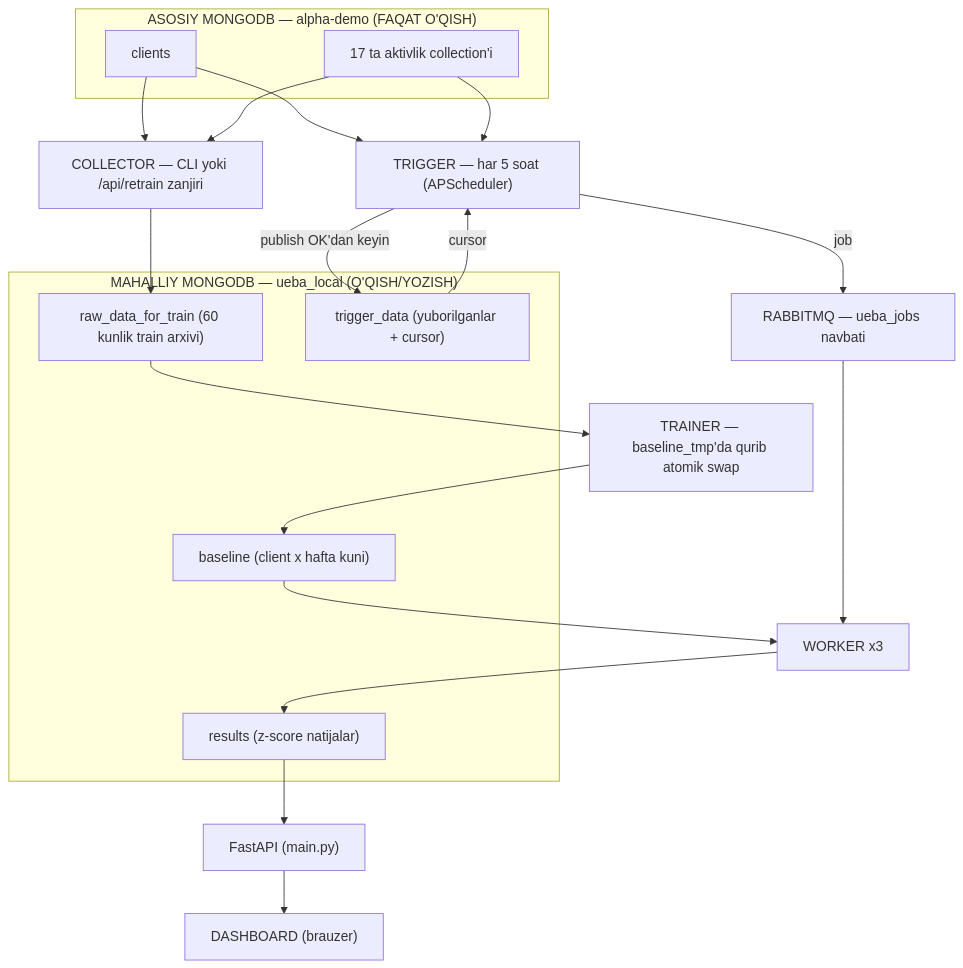
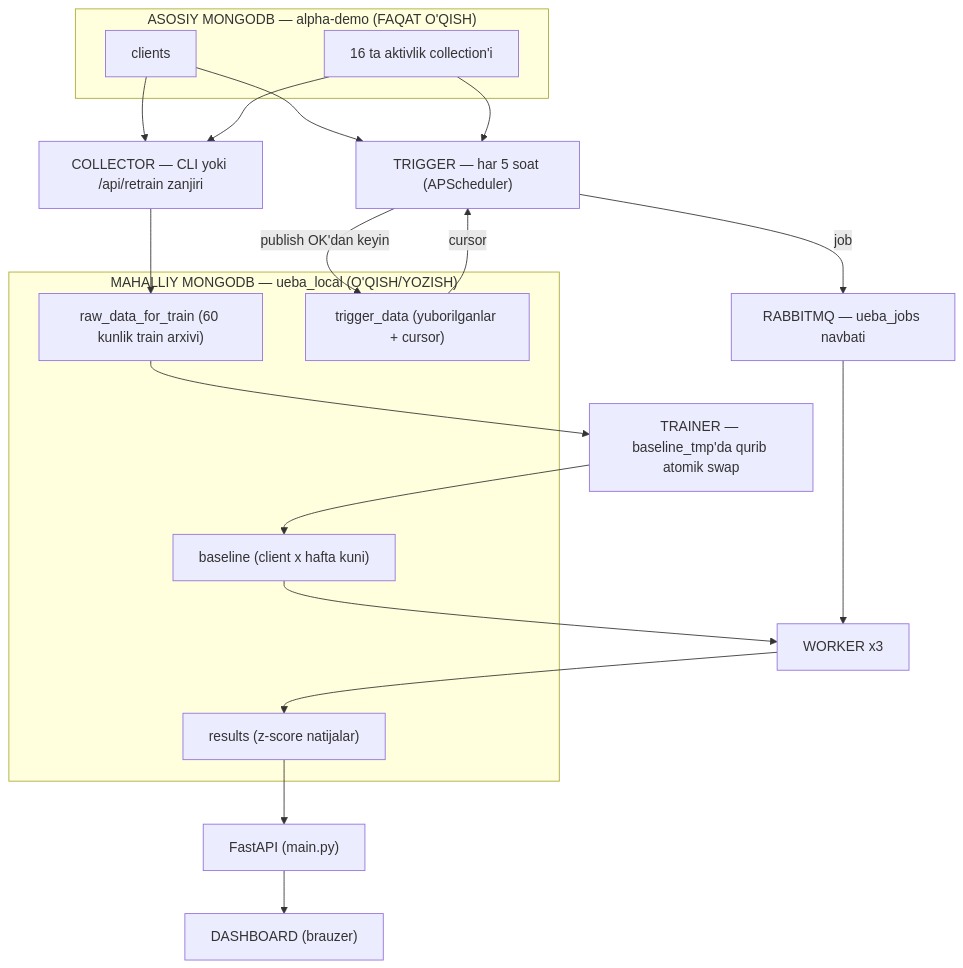
The diagram in UEBA_PIPELINE_ARCHITECTURE_V2.md (Ahmadjon0125/work_hours_for_ueba_project), drawn with Mermaid before and after one commit. The commit also changed other lines of this file and 34 other files, not shown here.

````diff
--- a/UEBA_PIPELINE_ARCHITECTURE_V2.md
+++ b/UEBA_PIPELINE_ARCHITECTURE_V2.md
@@ -40,38 +40,38 @@
 ```mermaid
 flowchart TD
     subgraph MAIN["ASOSIY MONGODB — alpha-demo (FAQAT O'QISH)"]
         C["clients"]
-        E["17 ta aktivlik collection'i"]
+        E["16 ta aktivlik collection'i"]
     end
 
     subgraph LOCAL["MAHALLIY MONGODB — ueba_local (O'QISH/YOZISH)"]
         R["raw_data_for_train (60 kunlik train arxivi)"]
         B["baseline (client x hafta kuni)"]
         T["trigger_data (yuborilganlar + cursor)"]
         S["results (z-score natijalar)"]
     end
 
     COL["COLLECTOR — CLI yoki /api/retrain zanjiri"]
     TRN["TRAINER — baseline_tmp'da qurib atomik swap"]
     TRG["TRIGGER — har 5 soat (APScheduler)"]
     RMQ["RABBITMQ — ueba_jobs navbati"]
     W["WORKER x3"]
     API["FastAPI (main.py)"]
     DASH["DASHBOARD (brauzer)"]
 
     C --> COL
     E --> COL
     COL --> R
     R --> TRN
     TRN --> B
     C --> TRG
     E --> TRG
     T -- "cursor" --> TRG
     TRG -- "job" --> RMQ
     TRG -- "publish OK'dan keyin" --> T
     RMQ --> W
     B --> W
     W --> S
     S --> API
     API --> DASH
 ```
````
